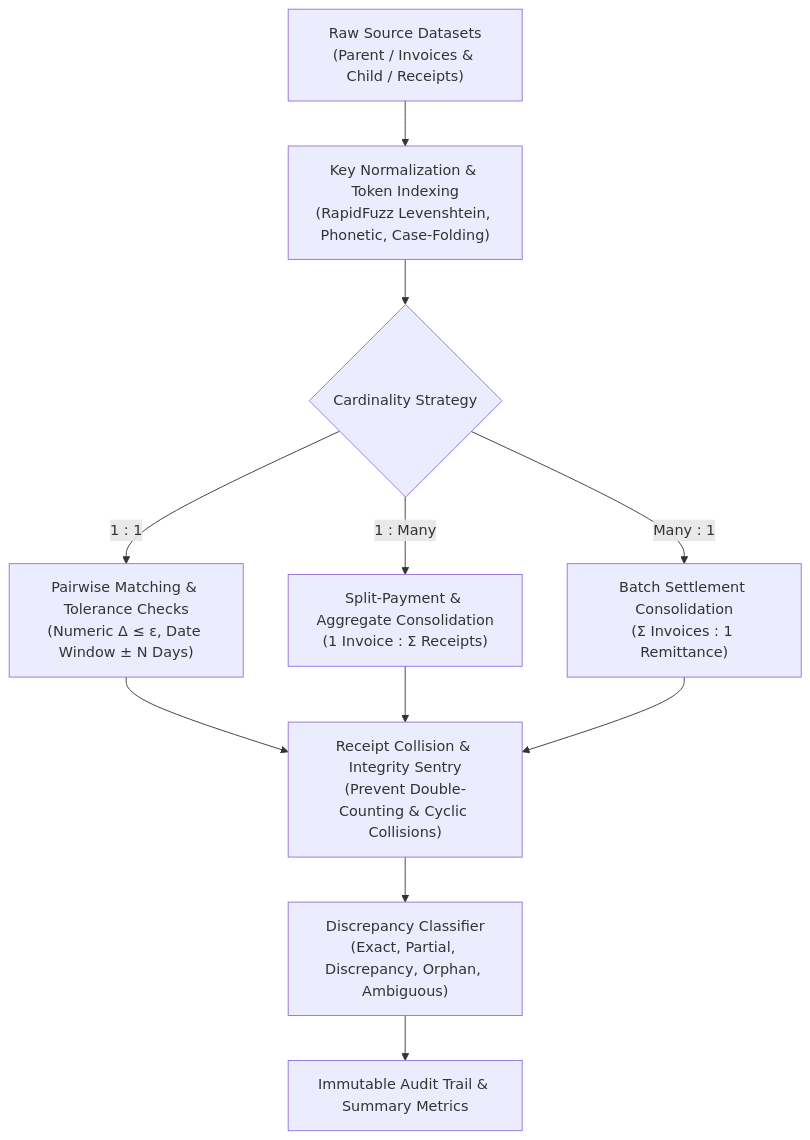
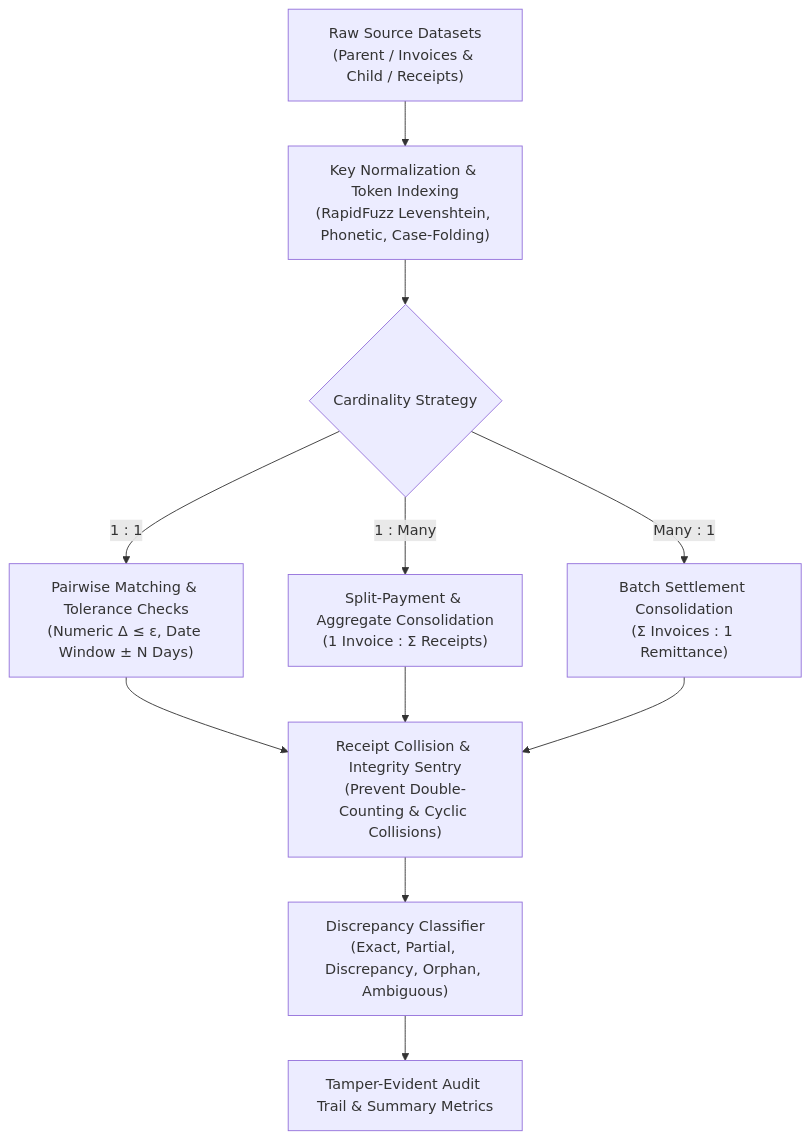
One commit to ThunderSkull7/verifygrid changed the first of 2 diagrams in docs/VERIFICATION_ENGINE.md. Above: the diagram before and after it, drawn with Mermaid. The commit also changed 12 other files, not shown here.

````diff
--- a/docs/VERIFICATION_ENGINE.md
+++ b/docs/VERIFICATION_ENGINE.md
@@ -11,13 +11,13 @@
 ```mermaid
 flowchart TD
     A["Raw Source Datasets\n(Parent / Invoices & Child / Receipts)"] --> B["Key Normalization & Token Indexing\n(RapidFuzz Levenshtein, Phonetic, Case-Folding)"]
     B --> C{"Cardinality Strategy"}
     
     C -->|"1 : 1"| D["Pairwise Matching & Tolerance Checks\n(Numeric Δ ≤ ε, Date Window ± N Days)"]
     C -->|"1 : Many"| E["Split-Payment & Aggregate Consolidation\n(1 Invoice : Σ Receipts)"]
     C -->|"Many : 1"| F["Batch Settlement Consolidation\n(Σ Invoices : 1 Remittance)"]
     
     D & E & F --> G["Receipt Collision & Integrity Sentry\n(Prevent Double-Counting & Cyclic Collisions)"]
     G --> H["Discrepancy Classifier\n(Exact, Partial, Discrepancy, Orphan, Ambiguous)"]
-    H --> I["Immutable Audit Trail & Summary Metrics"]
+    H --> I["Tamper-Evident Audit Trail & Summary Metrics"]
 ```
````
